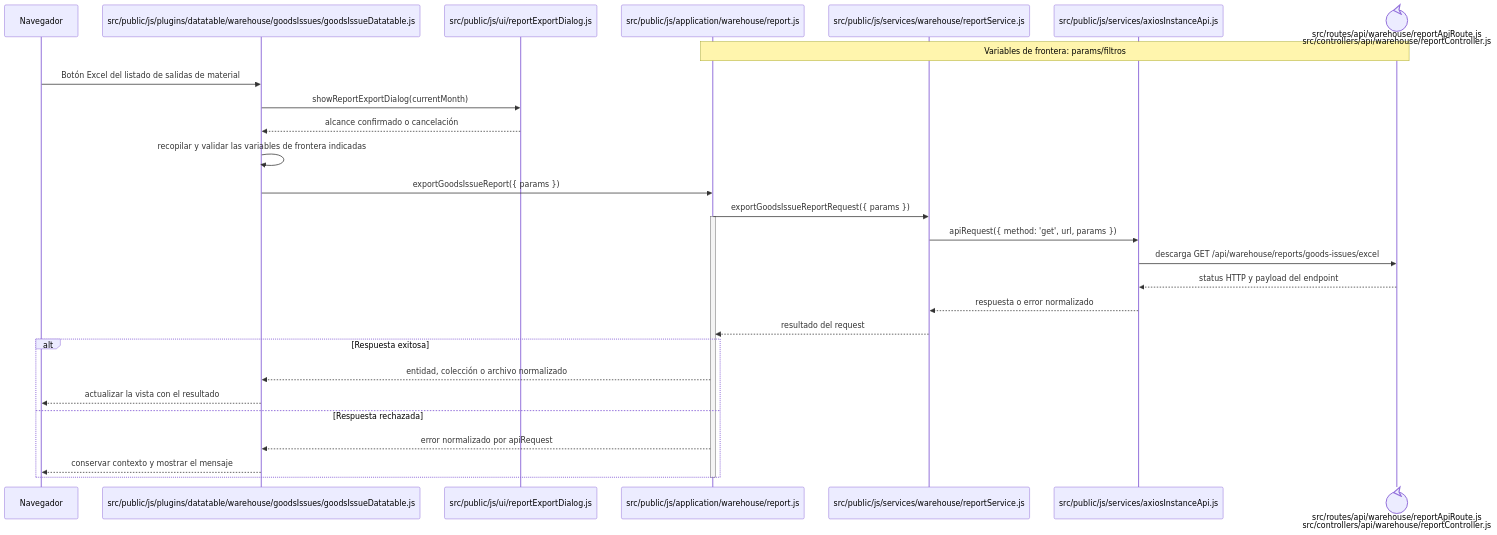
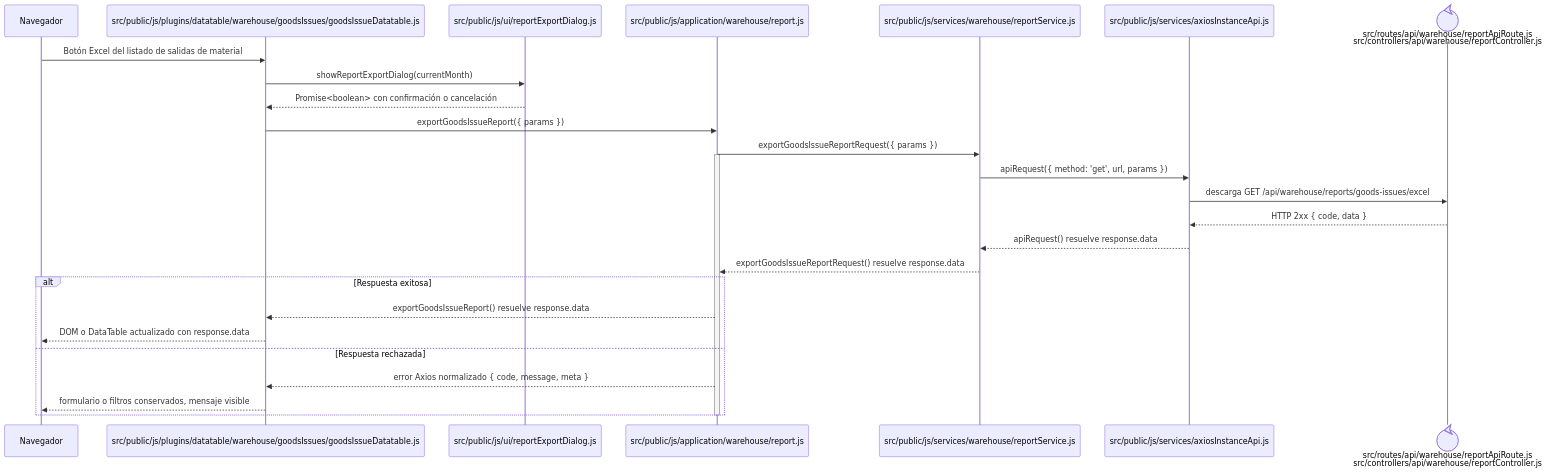
One commit to gpgsistemas01/nexus changed the diagram in docs/architecture/frontend-code-sequences/issues/cu-sal-07.md. Above: the diagram before and after it, drawn with Mermaid. The commit also changed 148 other files, not shown here.

````diff
--- a/docs/architecture/frontend-code-sequences/issues/cu-sal-07.md
+++ b/docs/architecture/frontend-code-sequences/issues/cu-sal-07.md
@@ -6,32 +6,30 @@
 ```mermaid
 sequenceDiagram
     participant Browser as Navegador
     participant View as src/public/js/plugins/datatable/warehouse/goodsIssues/goodsIssueDatatable.js
     participant Dialog as src/public/js/ui/reportExportDialog.js
     participant Application as src/public/js/application/warehouse/report.js
     participant Request as src/public/js/services/warehouse/reportService.js
     participant HTTP as src/public/js/services/axiosInstanceApi.js
     participant Transport@{ "type": "control" } as src/routes/api/warehouse/reportApiRoute.js<br/>src/controllers/api/warehouse/reportController.js
-    Note over Application,Transport: Variables de frontera: params/filtros
 
     Browser->>View: Botón Excel del listado de salidas de material
     View->>Dialog: showReportExportDialog(currentMonth)
-    Dialog-->>View: alcance confirmado o cancelación
-    View->>View: recopilar y validar las variables de frontera indicadas
+    Dialog-->>View: Promise<boolean> con confirmación o cancelación
     View->>Application: exportGoodsIssueReport({ params })
     Application->>Request: exportGoodsIssueReportRequest({ params })
     activate Application
     Request->>HTTP: apiRequest({ method: 'get', url, params })
     HTTP->>Transport: descarga GET /api/warehouse/reports/goods-issues/excel
-    Transport-->>HTTP: status HTTP y payload del endpoint
-    HTTP-->>Request: respuesta o error normalizado
-    Request-->>Application: resultado del request
+    Transport-->>HTTP: HTTP 2xx { code, data }
+    HTTP-->>Request: apiRequest() resuelve response.data
+    Request-->>Application: exportGoodsIssueReportRequest() resuelve response.data
     alt Respuesta exitosa
-        Application-->>View: entidad, colección o archivo normalizado
-        View-->>Browser: actualizar la vista con el resultado
+        Application-->>View: exportGoodsIssueReport() resuelve response.data
+        View-->>Browser: DOM o DataTable actualizado con response.data
     else Respuesta rechazada
-        Application-->>View: error normalizado por apiRequest
-        View-->>Browser: conservar contexto y mostrar el mensaje
+        Application-->>View: error Axios normalizado { code, message, meta }
+        View-->>Browser: formulario o filtros conservados, mensaje visible
     end
     deactivate Application
 ```
````
